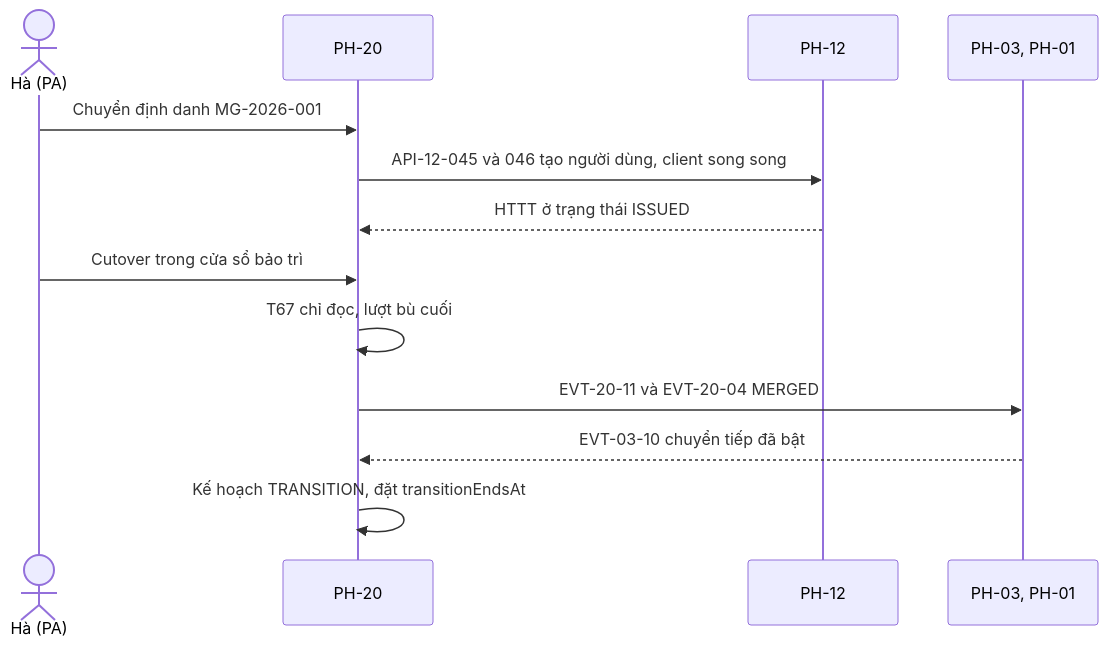
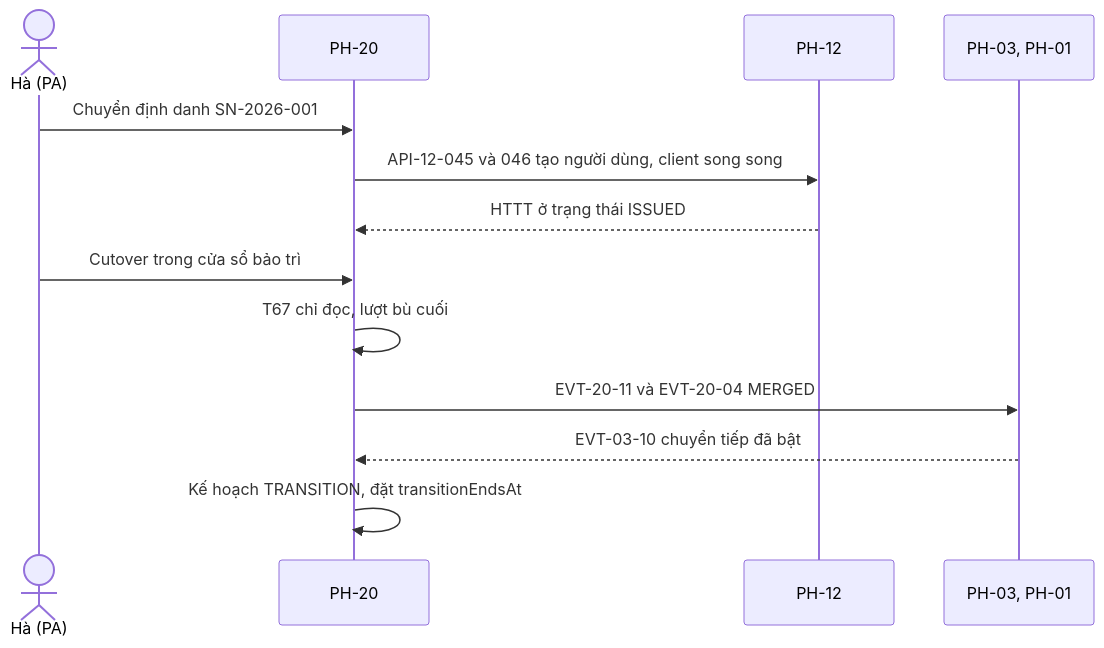
One commit to caprocute/DATAHUB changed diagram 17 of 19 in datahub-docs/02-yeu-cau/use-case/D02-04-PH20-use-case-quan-tri-tenant.md. Above: the diagram before and after it, drawn with Mermaid. The commit also changed other lines of this file and 36 other files, not shown here.

````diff
--- a/datahub-docs/02-yeu-cau/use-case/D02-04-PH20-use-case-quan-tri-tenant.md
+++ b/datahub-docs/02-yeu-cau/use-case/D02-04-PH20-use-case-quan-tri-tenant.md
@@ -1974,15 +1974,15 @@
 ```{.mermaid caption="Trình tự chuyển định danh và cutover sáp nhập"}
 sequenceDiagram
   actor Ha as Hà (PA)
   participant K as PH-20
   participant I as PH-12
   participant G as PH-03, PH-01
-  Ha->>K: Chuyển định danh MG-2026-001
+  Ha->>K: Chuyển định danh SN-2026-001
   K->>I: API-12-045 và 046 tạo người dùng, client song song
   I-->>K: HTTT ở trạng thái ISSUED
   Ha->>K: Cutover trong cửa sổ bảo trì
   K->>K: T67 chỉ đọc, lượt bù cuối
   K->>G: EVT-20-11 và EVT-20-04 MERGED
   G-->>K: EVT-03-10 chuyển tiếp đã bật
   K->>K: Kế hoạch TRANSITION, đặt transitionEndsAt
 ```
````
